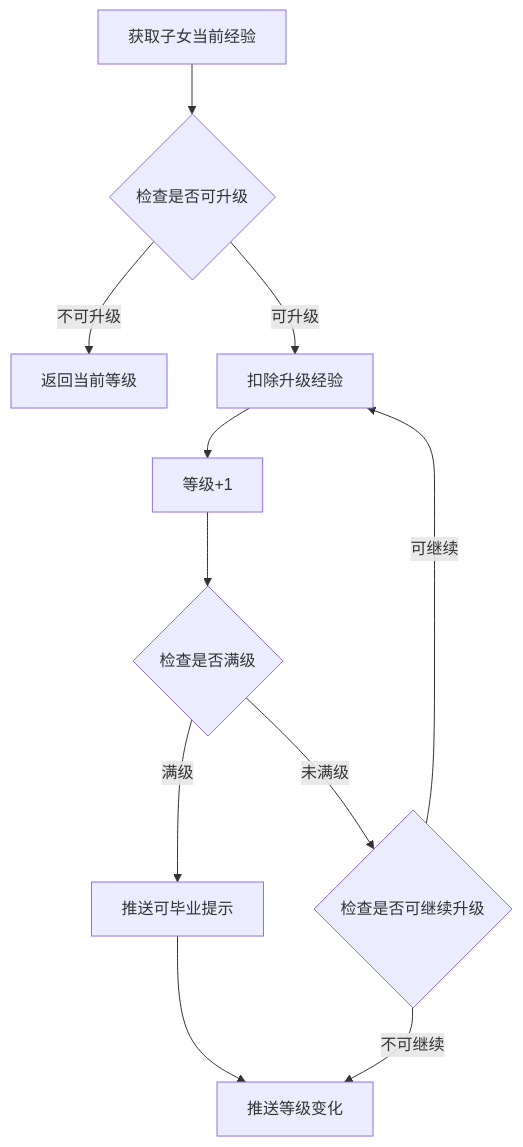
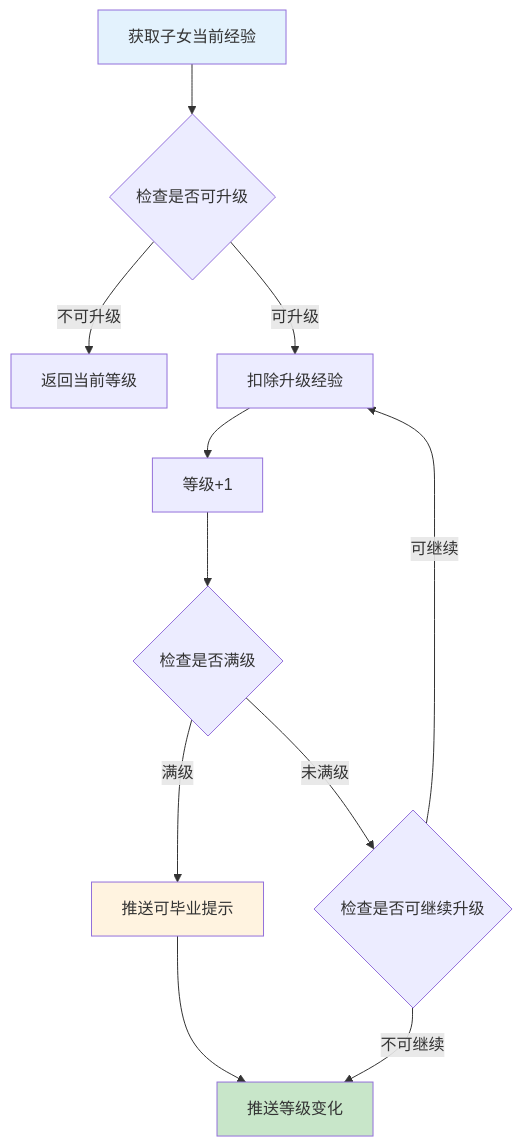
Diagram 12 of 15 in docs/Module_Child/01_数据配表.md (Alan-Ben/k2c_game_framework), drawn with Mermaid before and after one commit. The commit also changed other lines of this file and 7 other files, not shown here.

````diff
--- a/docs/Module_Child/01_数据配表.md
+++ b/docs/Module_Child/01_数据配表.md
@@ -825,13 +1224,17 @@
 ```mermaid
 flowchart TD
     A[获取子女当前经验] --> B{检查是否可升级}
     B -->|不可升级| C[返回当前等级]
     B -->|可升级| D[扣除升级经验]
     D --> E[等级+1]
     E --> F{检查是否满级}
     F -->|满级| G[推送可毕业提示]
     F -->|未满级| H{检查是否可继续升级}
     H -->|可继续| D
     H -->|不可继续| I[推送等级变化]
     G --> I
+
+    style A fill:#e3f2fd
+    style G fill:#fff3e0
+    style I fill:#c8e6c9
 ```
````
